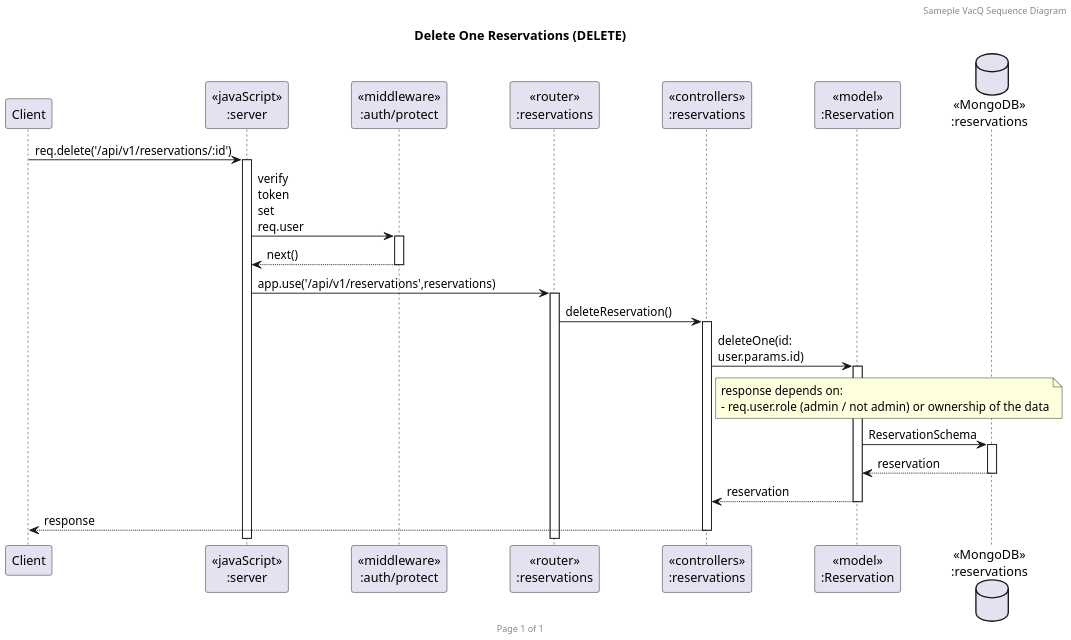
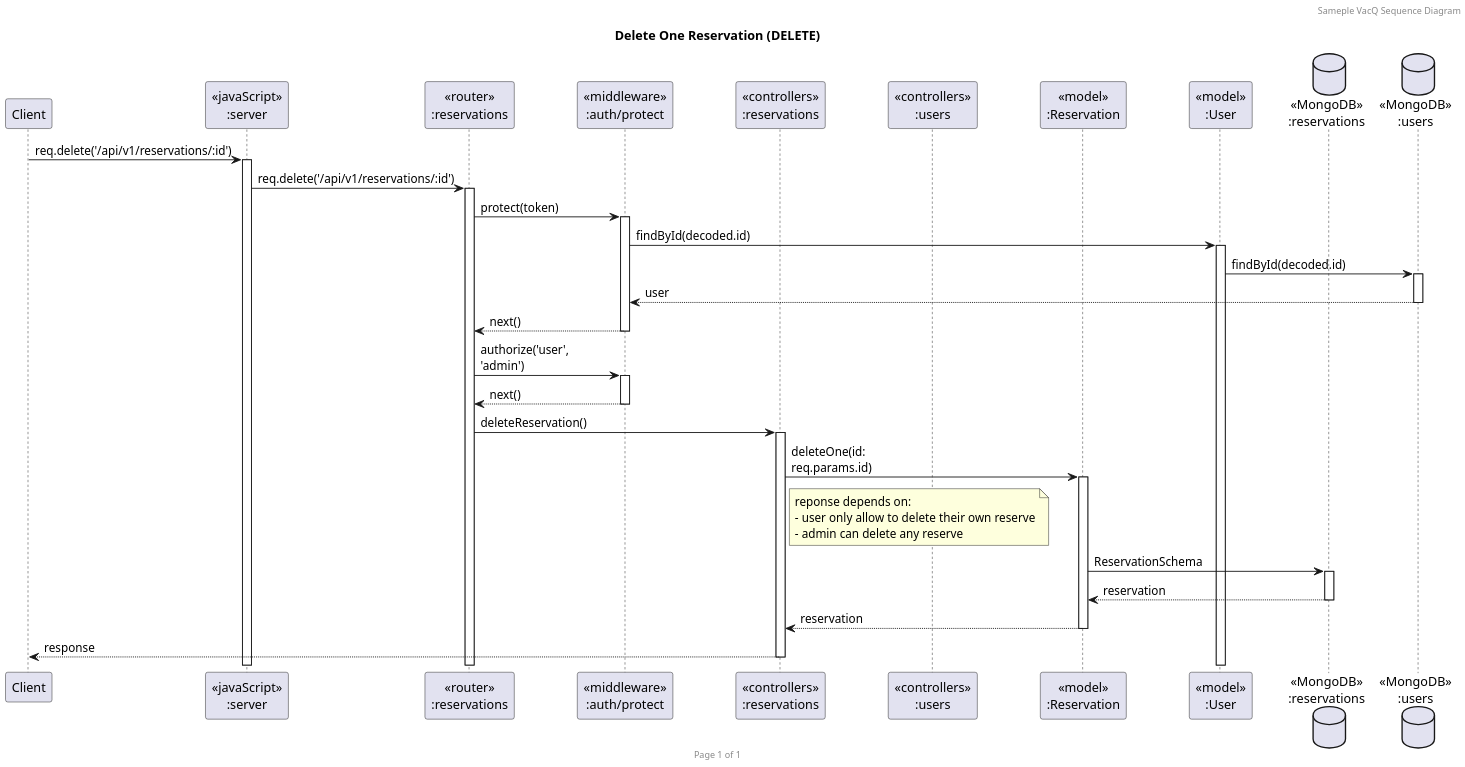
The diagram in UML/Reservations/Delete_One.puml (2110503-CEDT68/be-project-68-confutatis), drawn with PlantUML before and after one commit. The commit also changed 5 other files, not shown here.

Commit message:
fix: uml, reservation update -> restaurant fetching only if change new restaurant

```diff
--- a/UML/Reservations/Delete_One.puml
+++ b/UML/Reservations/Delete_One.puml
@@ -1,42 +1,50 @@
 @startuml Manage Reservation (DELETE)
 
 header Sameple VacQ Sequence Diagram
 footer Page %page% of %lastpage%
-title "Delete One Reservations (DELETE)"
+title "Delete One Reservation (DELETE)"
 
 skinparam dpi 180
 skinparam ParticipantPadding 30
 skinparam MessagePadding 25
 skinparam maxMessageSize 40
 
 participant "Client" as client
 participant "<<javaScript>>\n:server" as server
+participant "<<router>>\n:reservations" as routerReservations
 participant "<<middleware>>\n:auth/protect" as middleware
-participant "<<router>>\n:reservations" as routerReservations
 participant "<<controllers>>\n:reservations" as controllersReservations
+participant "<<controllers>>\n:users" as controllersUsers   
 participant "<<model>>\n:Reservation" as modelReservation
+participant "<<model>>\n:User" as modelUser
 database "<<MongoDB>>\n:reservations" as ReservationsDatabase
+database "<<MongoDB>>\n:users" as UsersDatabase
 
 client -> server ++: req.delete('/api/v1/reservations/:id')
-server -> middleware ++: verify token\nset req.user
-middleware --> server --: next()
+server -> routerReservations ++: req.delete('/api/v1/reservations/:id')
+routerReservations -> middleware ++: protect(token)
+middleware -> modelUser ++: findById(decoded.id)
+modelUser -> UsersDatabase ++: findById(decoded.id)
+UsersDatabase --> middleware --: user
+middleware --> routerReservations --: next()
 
-server -> routerReservations ++: app.use('/api/v1/reservations',reservations)
-
+routerReservations -> middleware ++: authorize('user', 'admin')
+middleware --> routerReservations --: next()
 
 routerReservations -> controllersReservations ++: deleteReservation()
 
-controllersReservations -> modelReservation ++: deleteOne(id: user.params.id)
+controllersReservations -> modelReservation ++: deleteOne(id: req.params.id)
 
 note right of controllersReservations
-response depends on:
-- req.user.role (admin / not admin) or ownership of the data
+reponse depends on:
+- user only allow to delete their own reserve
+- admin can delete any reserve
 end note
 
 modelReservation -> ReservationsDatabase ++: ReservationSchema
 ReservationsDatabase --> modelReservation --: reservation
 modelReservation --> controllersReservations --: reservation
 
 controllersReservations --> client --: response
 
 @enduml
```
